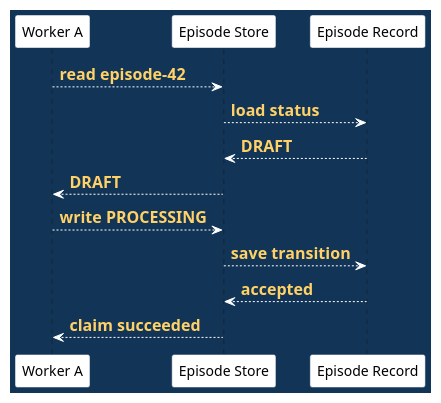
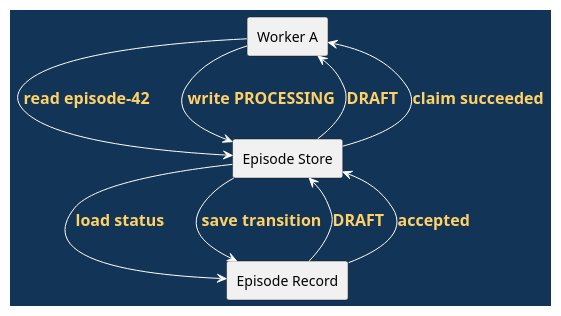
Before and after one commit to madajaju/CS5254: the sixth of 14 diagrams in doc/lectures/week4/tradeoffs/README.slides.adoc, drawn with PlantUML. The commit also changed other lines of this file and 74 other files, not shown here.

```diff
--- a/doc/lectures/week4/tradeoffs/README.slides.adoc
+++ b/doc/lectures/week4/tradeoffs/README.slides.adoc
@@ -229,29 +229,29 @@
 [plantuml, normal-interaction, svg, width=100%]
 ----
 @startuml
 skinparam BackgroundColor #123456
 skinparam DefaultFontColor black
 skinparam ArrowColor white
 skinparam ArrowFontColor #ffd166
 skinparam ArrowFontStyle bold
 skinparam ArrowFontSize 16
 skinparam BorderColor #123456
 skinparam shadowing false
 skinparam LifeLineBorderColor white
 skinparam LifeLineBackgroundColor white
 skinparam ParticipantBorderColor #123456
 skinparam ParticipantBackgroundColor white
 skinparam ParticipantFontColor black
-participant "Worker A" as A
-participant "Episode Store" as S
-participant "Episode Record" as R
+rectangle "Worker A" as A
+rectangle "Episode Store" as S
+rectangle "Episode Record" as R
 A --> S : read episode-42
 S --> R : load status
 R --> S : DRAFT
 S --> A : DRAFT
 A --> S : write PROCESSING
 S --> R : save transition
 R --> S : accepted
 S --> A : claim succeeded
 @enduml
 ----
```
